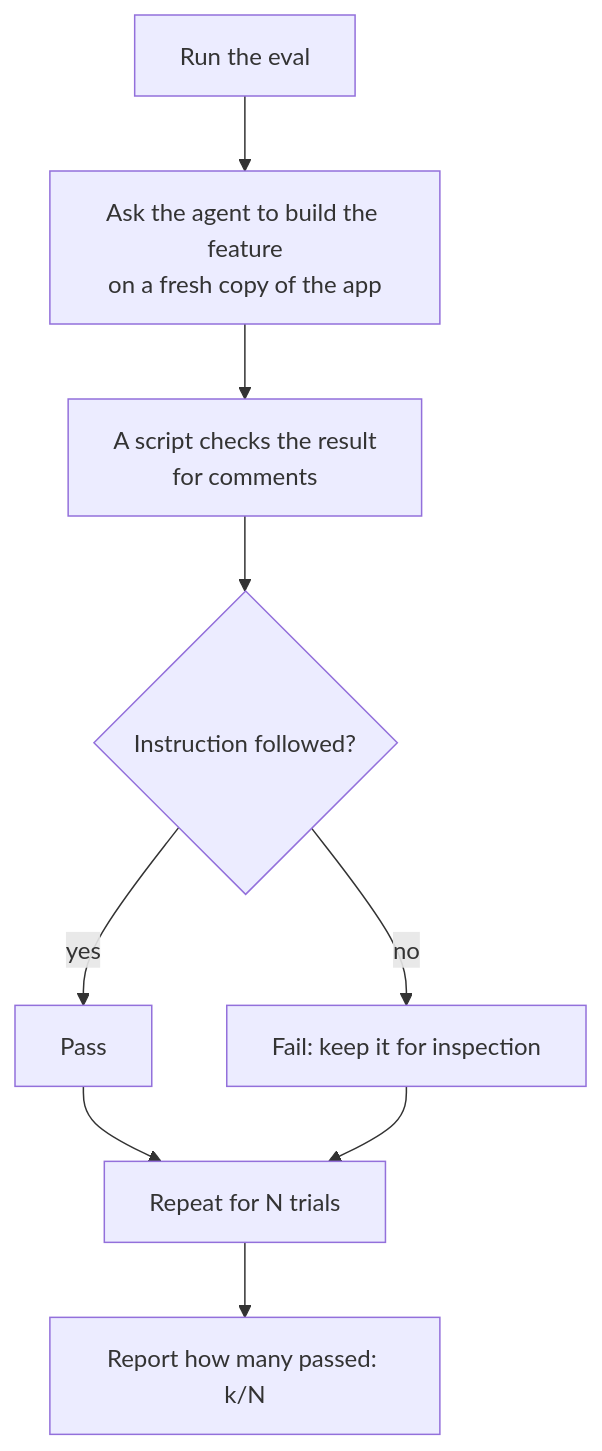
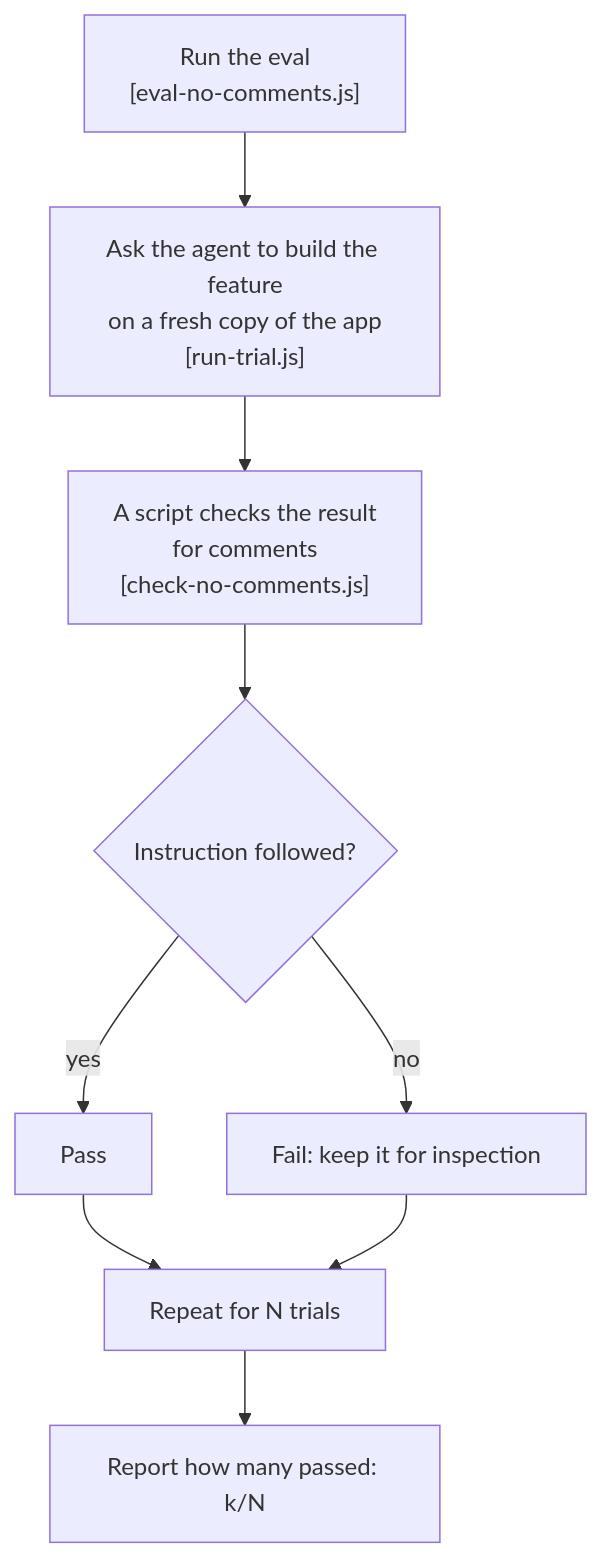
The diagram in HarnessingAgents/exercises/04-evals-deterministic-exercise.md (Codesai/development-with-AI), drawn with Mermaid before and after one commit. The commit also changed other lines of this file and 1 other file, not shown here.

Commit message:
docs(exercises): add eval flowcharts for clarity

````diff
--- a/HarnessingAgents/exercises/04-evals-deterministic-exercise.md
+++ b/HarnessingAgents/exercises/04-evals-deterministic-exercise.md
@@ -98,11 +98,11 @@
 ```mermaid
 flowchart TD
-    start["Run the eval"] --> trial["Ask the agent to build the feature<br/>on a fresh copy of the app"]
-    trial --> grade["A script checks the result<br/>for comments"]
+    start["Run the eval<br/>[eval-no-comments.js]"] --> trial["Ask the agent to build the feature<br/>on a fresh copy of the app<br/>[run-trial.js]"]
+    trial --> grade["A script checks the result<br/>for comments<br/>[check-no-comments.js]"]
     grade --> verdict{"Instruction followed?"}
     verdict -- "yes" --> pass["Pass"]
     verdict -- "no" --> fail["Fail: keep it for inspection"]
     pass --> repeat["Repeat for N trials"]
     fail --> repeat
     repeat --> summary["Report how many passed: k/N"]
 ```
````
